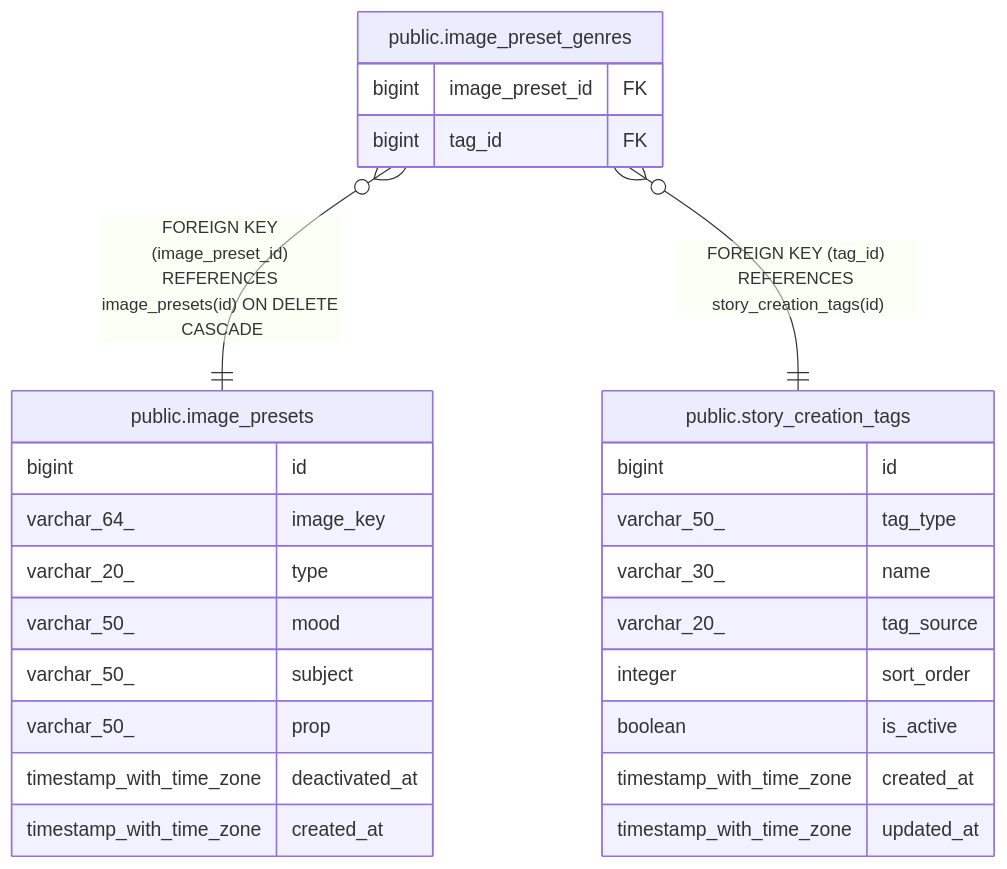
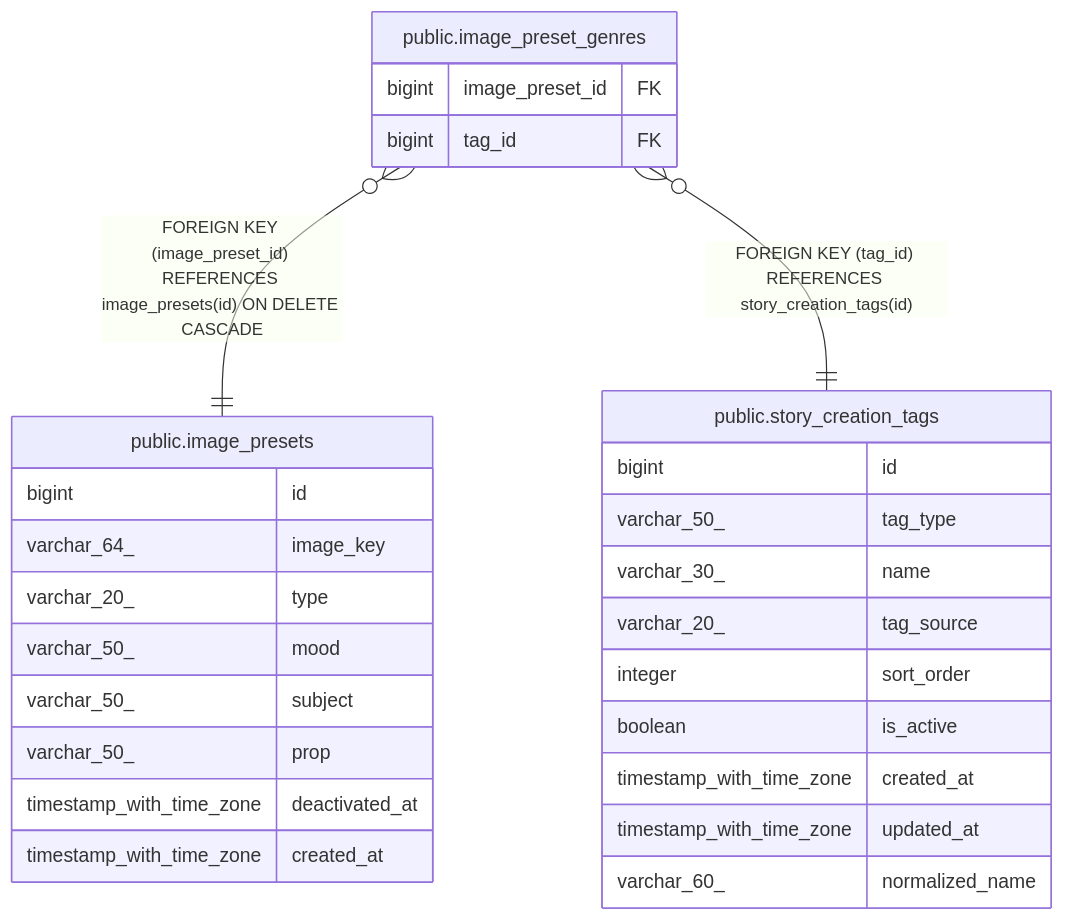
Before and after one commit to KIM-N-KANG/manyak-server: the diagram in dbdoc/public.image_preset_genres.md, drawn with Mermaid. The commit also changed 9 other files, not shown here.

````diff
--- a/dbdoc/public.image_preset_genres.md
+++ b/dbdoc/public.image_preset_genres.md
@@ -27,31 +27,32 @@
 ```mermaid
 erDiagram
 
 "public.image_preset_genres" }o--|| "public.image_presets" : "FOREIGN KEY (image_preset_id) REFERENCES image_presets(id) ON DELETE CASCADE"
 "public.image_preset_genres" }o--|| "public.story_creation_tags" : "FOREIGN KEY (tag_id) REFERENCES story_creation_tags(id)"
 
 "public.image_preset_genres" {
   bigint image_preset_id FK
   bigint tag_id FK
 }
 "public.image_presets" {
   bigint id
   varchar_64_ image_key
   varchar_20_ type
   varchar_50_ mood
   varchar_50_ subject
   varchar_50_ prop
   timestamp_with_time_zone deactivated_at
   timestamp_with_time_zone created_at
 }
 "public.story_creation_tags" {
   bigint id
   varchar_50_ tag_type
   varchar_30_ name
   varchar_20_ tag_source
   integer sort_order
   boolean is_active
   timestamp_with_time_zone created_at
   timestamp_with_time_zone updated_at
+  varchar_60_ normalized_name
 }
 ```
````
